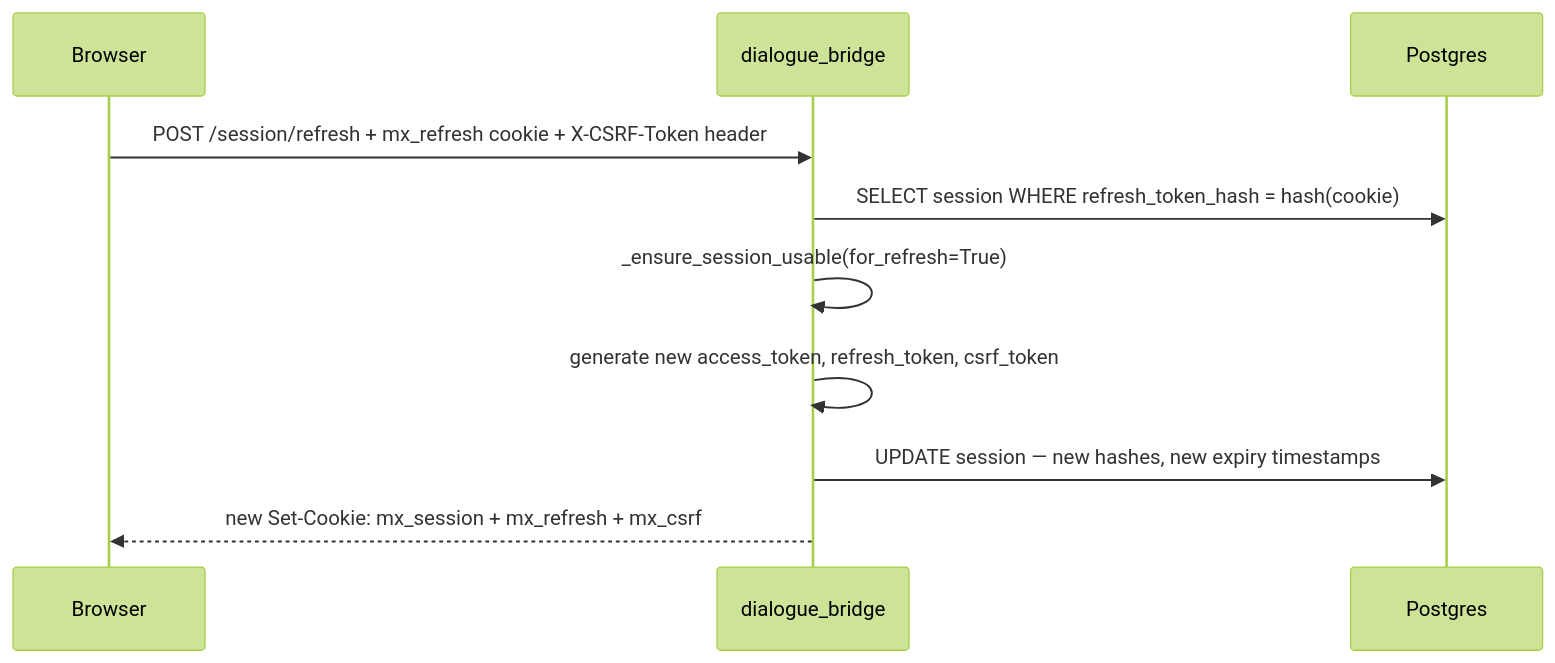
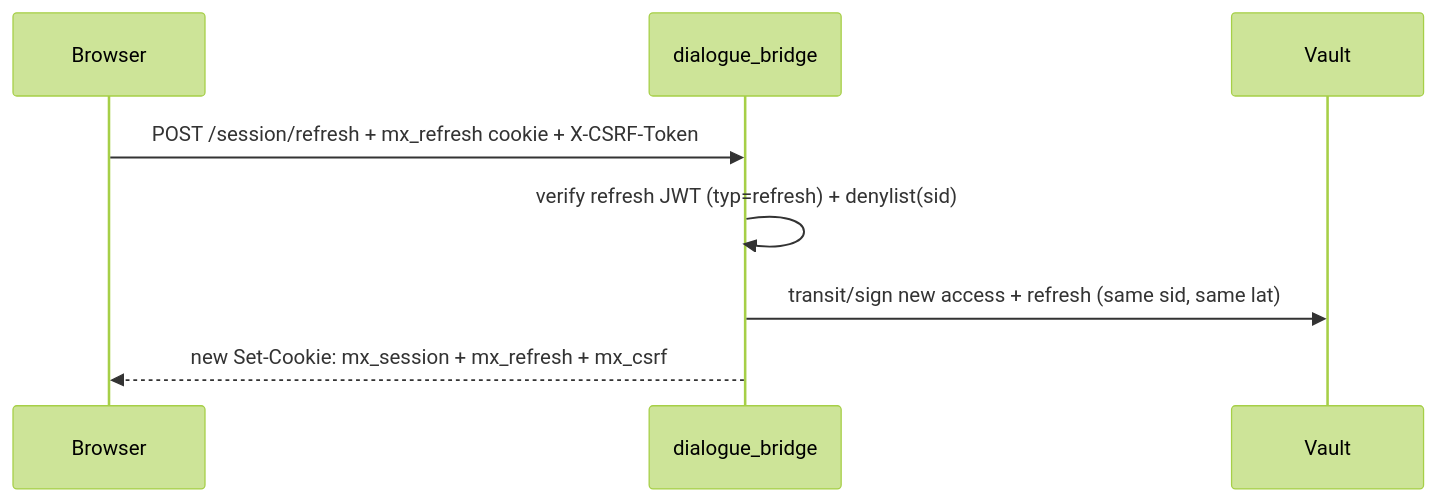
Before and after one commit to konstantinosmpouros/mAgenticX: the fourth of 5 diagrams in docs/flows/authentication-and-session.md, drawn with Mermaid (forest theme). The commit also changed other lines of this file and 29 other files, not shown here.

Commit message:
Stateless Vault-signed JWT sessions, replacing DB-backed sessions

````diff
--- a/docs/flows/authentication-and-session.md
+++ b/docs/flows/authentication-and-session.md
@@ -210,13 +178,11 @@
 ```mermaid
 sequenceDiagram
     participant B as Browser
     participant Bridge as dialogue_bridge
-    participant PG as Postgres
+    participant Vault as Vault
 
-    B->>Bridge: POST /session/refresh + mx_refresh cookie + X-CSRF-Token header
-    Bridge->>PG: SELECT session WHERE refresh_token_hash = hash(cookie)
-    Bridge->>Bridge: _ensure_session_usable(for_refresh=True)
-    Bridge->>Bridge: generate new access_token, refresh_token, csrf_token
-    Bridge->>PG: UPDATE session — new hashes, new expiry timestamps
+    B->>Bridge: POST /session/refresh + mx_refresh cookie + X-CSRF-Token
+    Bridge->>Bridge: verify refresh JWT (typ=refresh) + denylist(sid)
+    Bridge->>Vault: transit/sign new access + refresh (same sid, same lat)
     Bridge-->>B: new Set-Cookie: mx_session + mx_refresh + mx_csrf
 ```
````
